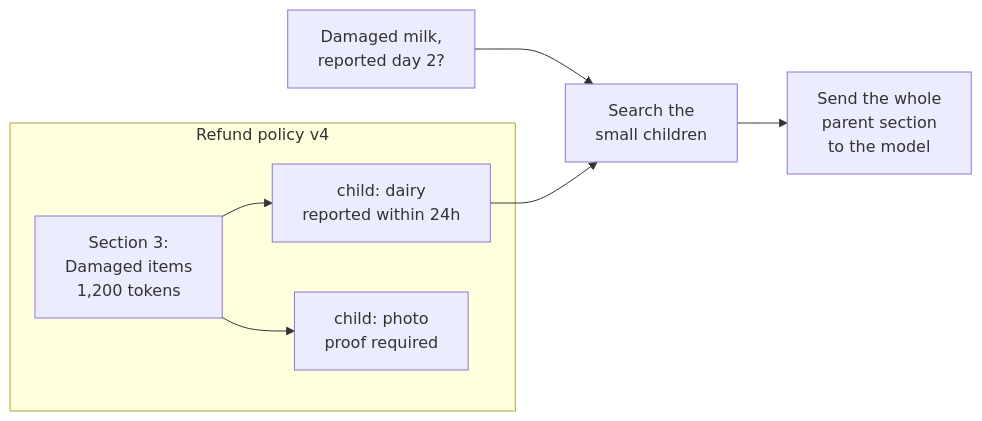
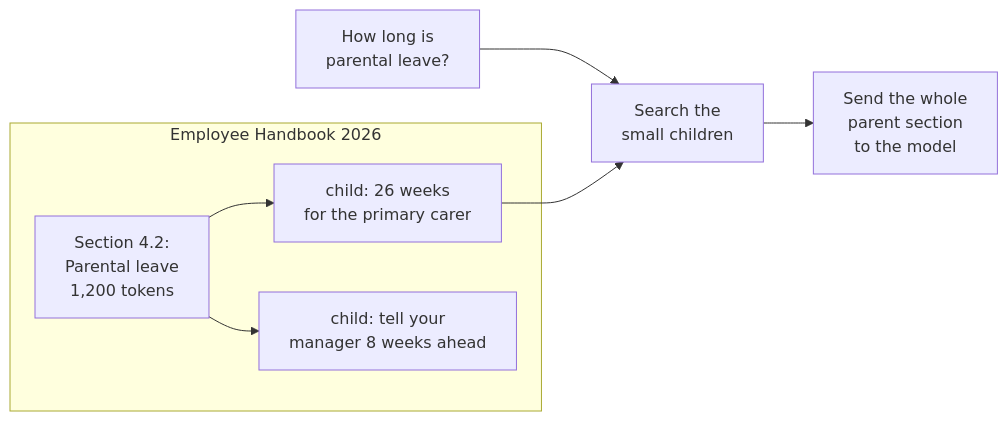
The fifth of 8 diagrams in src/Data/aiStackDocs/CH-02.md (shubamchaudhary/CodeNITW), drawn with Mermaid before and after one commit. The commit also changed other lines of this file and 32 other files, not shown here.

````diff
--- a/src/Data/aiStackDocs/CH-02.md
+++ b/src/Data/aiStackDocs/CH-02.md
@@ -163,11 +163,11 @@
 ```mermaid
 flowchart LR
-    subgraph DOC["Refund policy v4"]
-        P3["Section 3:<br/>Damaged items<br/>1,200 tokens"]
-        P3 --> c12["child: dairy<br/>reported within 24h"]
-        P3 --> c13["child: photo<br/>proof required"]
+    subgraph DOC["Employee Handbook 2026"]
+        P3["Section 4.2:<br/>Parental leave<br/>1,200 tokens"]
+        P3 --> c12["child: 26 weeks<br/>for the primary carer"]
+        P3 --> c13["child: tell your<br/>manager 8 weeks ahead"]
     end
-    Q["Damaged milk,<br/>reported day 2?"] --> S["Search the<br/>small children"]
+    Q["How long is<br/>parental leave?"] --> S["Search the<br/>small children"]
     c12 --> S
     S --> L["Send the whole<br/>parent section<br/>to the model"]
 ```
````
